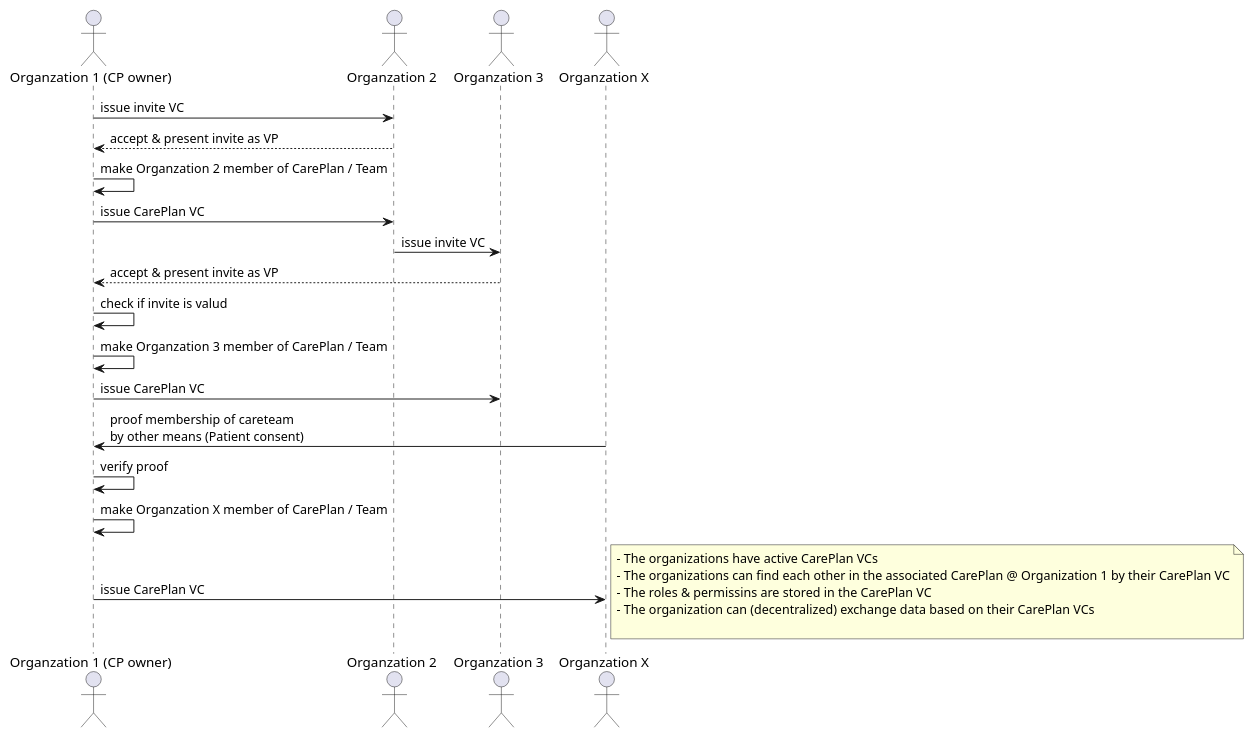
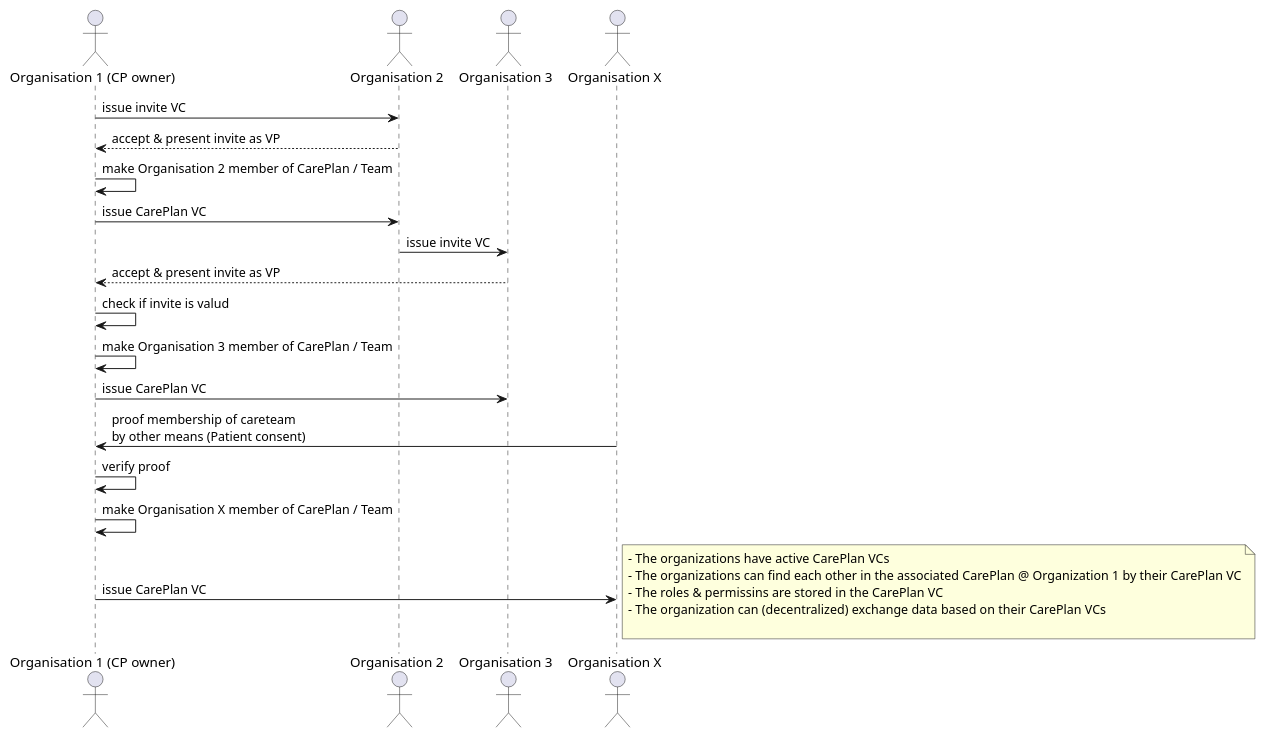
One commit to SanteonNL/shared-care-planning changed the diagram in input/images-source/nuts-network-creation-discovery-eli5.puml. Above: the diagram before and after it, drawn with PlantUML.

Commit message:
Fix spelling of "Organisation" in UML diagram.
Corrected "Organzation" to "Organisation" in multiple instances within the `nuts-network-creation-discovery-eli5.puml` file to maintain consistency and accuracy in terminology. No functional changes were made to the diagram logic.

```diff
--- a/input/images-source/nuts-network-creation-discovery-eli5.puml
+++ b/input/images-source/nuts-network-creation-discovery-eli5.puml
@@ -1,29 +1,29 @@
 @startuml
-actor app1 as "Organzation 1 (CP owner)"
-actor app2 as "Organzation 2"
-actor app3 as "Organzation 3"
-actor app4 as "Organzation X"
+actor app1 as "Organisation 1 (CP owner)"
+actor app2 as "Organisation 2"
+actor app3 as "Organisation 3"
+actor app4 as "Organisation X"
 
 app1 -> app2: issue invite VC
 app2 --> app1: accept & present invite as VP
-app1 -> app1: make Organzation 2 member of CarePlan / Team
+app1 -> app1: make Organisation 2 member of CarePlan / Team
 app1 -> app2: issue CarePlan VC
 
 app2 -> app3: issue invite VC
 app3 --> app1: accept & present invite as VP
 app1 -> app1: check if invite is valud
-app1 -> app1: make Organzation 3 member of CarePlan / Team
+app1 -> app1: make Organisation 3 member of CarePlan / Team
 app1 -> app3: issue CarePlan VC
 
 app4 -> app1: proof membership of careteam \nby other means (Patient consent)
 app1 -> app1: verify proof
-app1 -> app1: make Organzation X member of CarePlan / Team
+app1 -> app1: make Organisation X member of CarePlan / Team
 app1 -> app4: issue CarePlan VC
 note right
  - The organizations have active CarePlan VCs
  - The organizations can find each other in the associated CarePlan @ Organization 1 by their CarePlan VC
  - The roles & permissins are stored in the CarePlan VC
  - The organization can (decentralized) exchange data based on their CarePlan VCs
 
 end note
 @enduml
```
